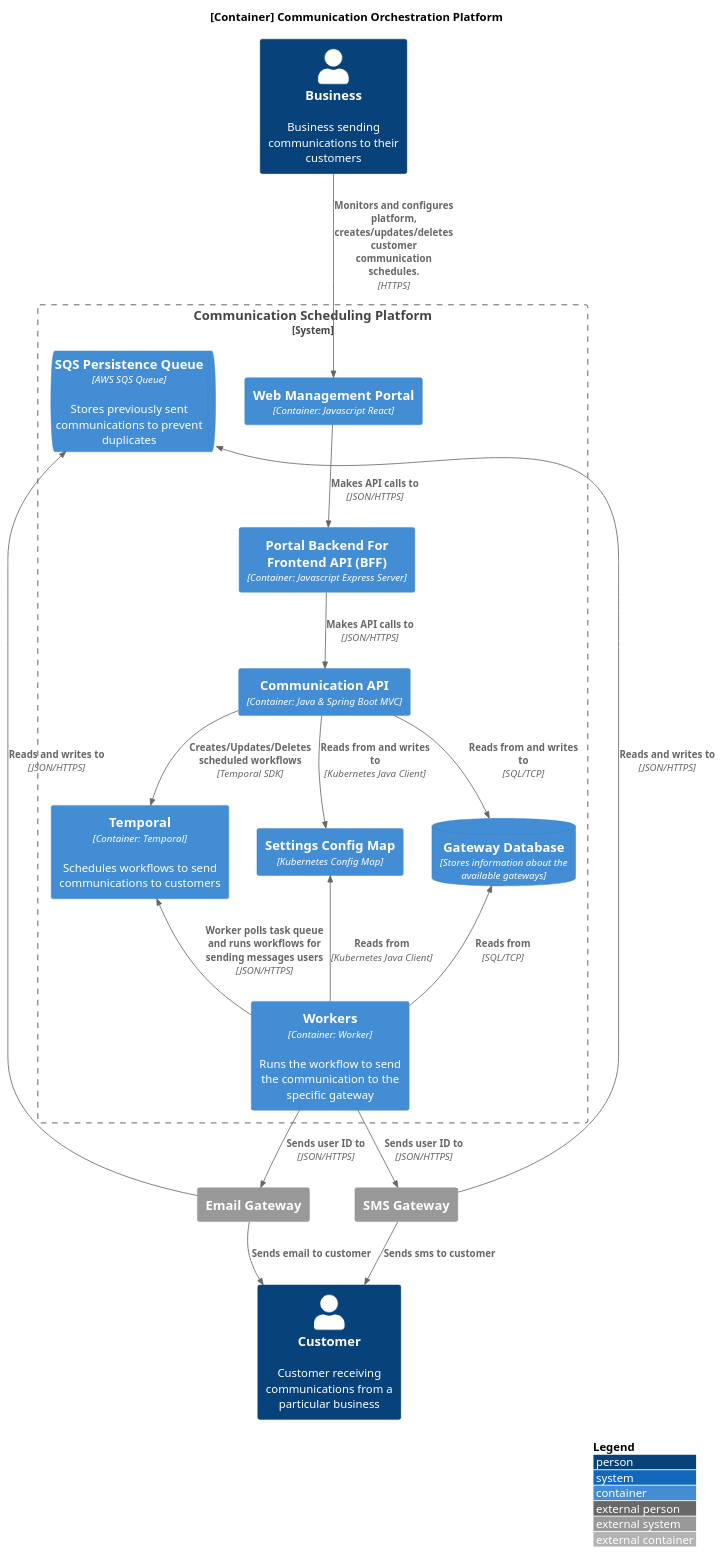
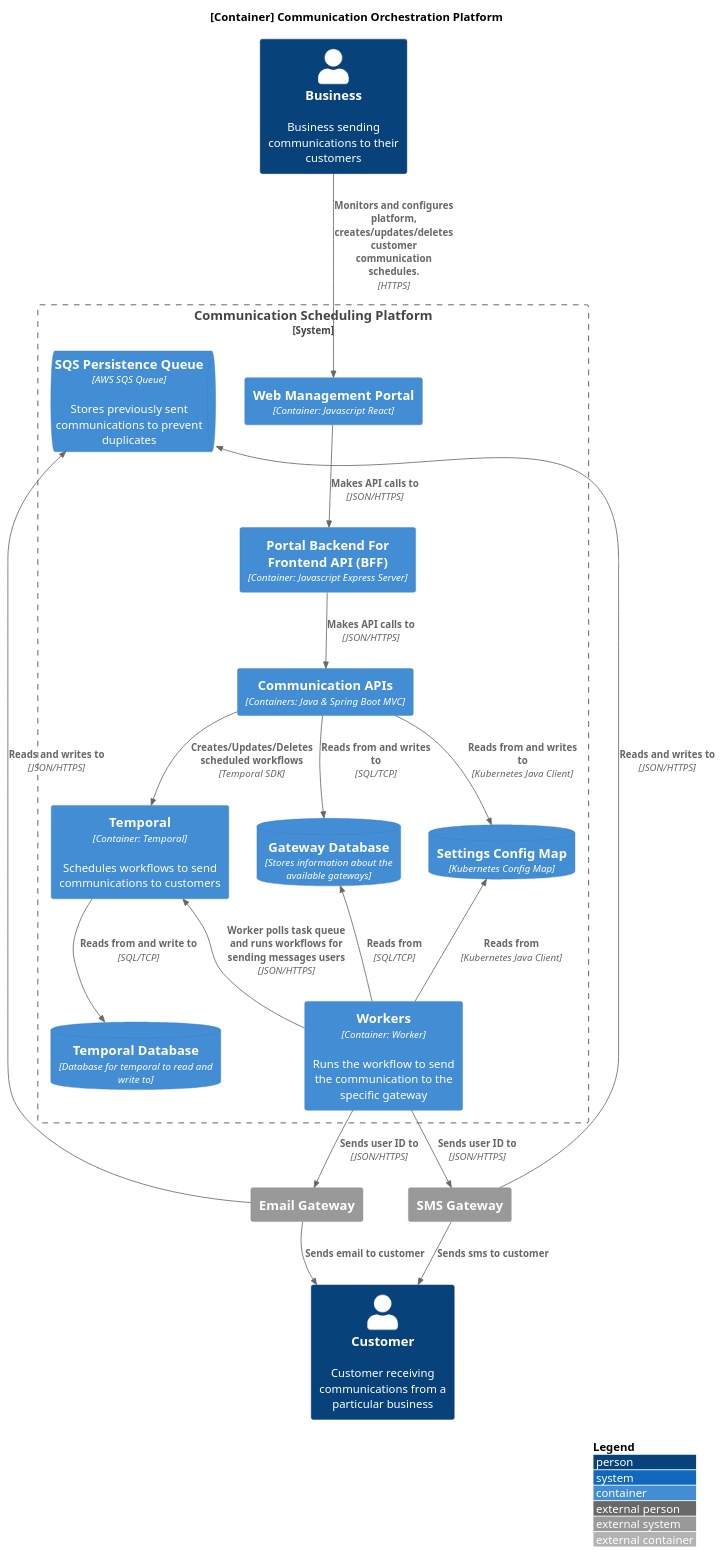
One commit to CameronWard301/communication_scheduler changed the diagram in Designs/System Context/SystemContainerDiagram.puml. Above: the diagram before and after it, drawn with PlantUML. The commit also changed 17 other files, not shown here.

Commit message:
Update/diagram documentation

```diff
--- a/Designs/System Context/SystemContainerDiagram.puml
+++ b/Designs/System Context/SystemContainerDiagram.puml
@@ -1,44 +1,46 @@
 @startuml SystemContainerDiagram
 !include https://raw.githubusercontent.com/plantuml-stdlib/C4-PlantUML/master/C4_Container.puml
 
 LAYOUT_WITH_LEGEND()
 
 title [Container] Communication Orchestration Platform
 
 Person(customer, "Customer", "Customer receiving communications from a particular business")
 Person(business, "Business", "Business sending communications to their customers")
 
 System_Boundary(system, "Communication Scheduling Platform") {
     Container(temporal, "Temporal", "Container: Temporal", "Schedules workflows to send communications to customers")
     ContainerDb(gatewayDB, "Gateway Database", "Stores information about the available gateways")
-    Container(platformAPI, "Communication API", "Container: Java & Spring Boot MVC")
+    ContainerDb(temporalDB, "Temporal Database", "Database for temporal to read and write to")
+    Container(platformAPI, "Communication APIs", "Containers: Java & Spring Boot MVC")
     Container(webBFF, "Portal Backend For Frontend API (BFF)", "Container: Javascript Express Server")
     Container(webPortal, "Web Management Portal", "Container: Javascript React")
-    Container(settings, "Settings Config Map", "Kubernetes Config Map")
+    ContainerDb(settings, "Settings Config Map", "Kubernetes Config Map")
     Container(workers, "Workers", "Container: Worker", "Runs the workflow to send the communication to the specific gateway")
     ContainerQueue(queue, "SQS Persistence Queue", "AWS SQS Queue", "Stores previously sent communications to prevent duplicates")
 }
 
 
 System_Ext(email_gateway, "Email Gateway")
 System_Ext(sms_gateway, "SMS Gateway")
 
 Rel(business, webPortal, "Monitors and configures platform, creates/updates/deletes customer communication schedules.", "HTTPS")
 Rel(webPortal, webBFF, "Makes API calls to", "JSON/HTTPS")
 Rel(webBFF, platformAPI, "Makes API calls to", "JSON/HTTPS")
 Rel(platformAPI, gatewayDB, "Reads from and writes to", "SQL/TCP")
 Rel(platformAPI, settings, "Reads from and writes to", "Kubernetes Java Client")
 Rel(platformAPI, temporal, "Creates/Updates/Deletes scheduled workflows", "Temporal SDK")
+Rel(temporal, temporalDB, "Reads from and write to", "SQL/TCP")
 Rel_Up(workers, temporal, "Worker polls task queue and runs workflows for sending messages users", "JSON/HTTPS")
 Rel_Up(workers, gatewayDB, "Reads from", "SQL/TCP")
 Rel_Up(workers, settings, "Reads from", "Kubernetes Java Client")
 Rel_Down(workers, email_gateway, "Sends user ID to", "JSON/HTTPS")
 Rel_Down(workers, sms_gateway, "Sends user ID to", "JSON/HTTPS")
 
 Rel_Down(email_gateway, queue, "Reads and writes to", "JSON/HTTPS")
 Rel_Down(sms_gateway, queue, "Reads and writes to", "JSON/HTTPS")
 
 Rel_Down(email_gateway, customer, "Sends email to customer")
 Rel_Down(sms_gateway, customer, "Sends sms to customer")
 
 @enduml
```
